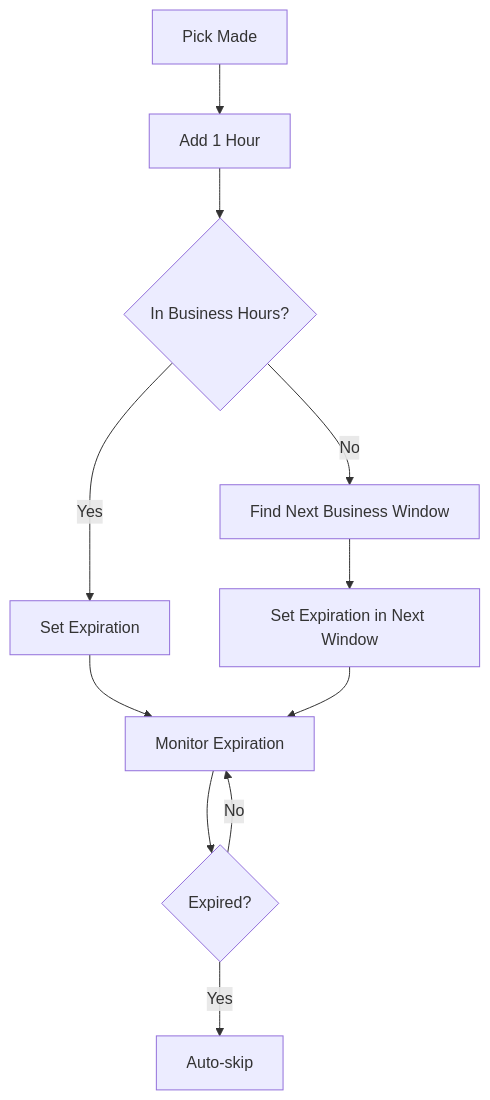
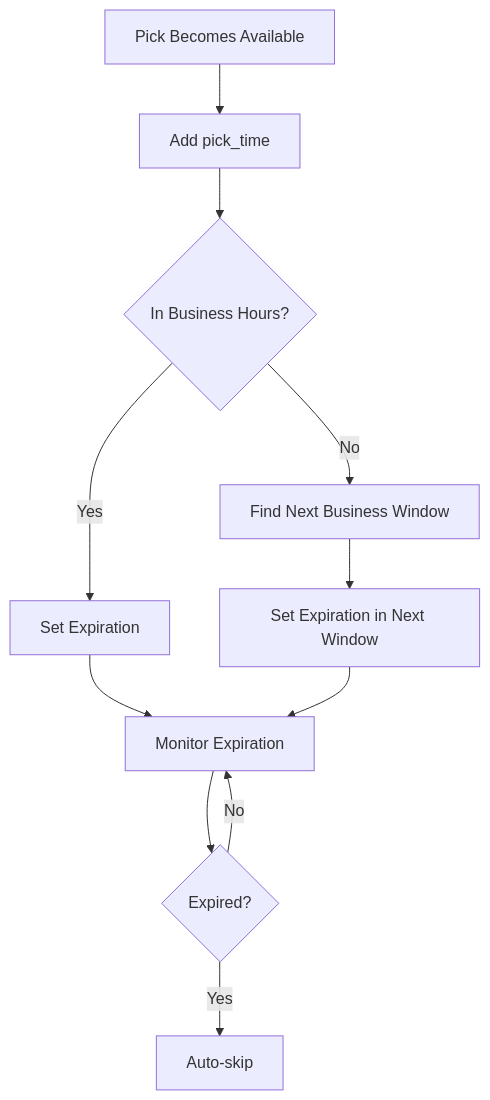
One commit to squirlemaster42/fantasy-frc-web changed the third of 5 diagrams in docs/business-logic/draft-states.md. Above: the diagram before and after it, drawn with Mermaid. The commit also changed other lines of this file and 28 other files, not shown here.

````diff
--- a/docs/business-logic/draft-states.md
+++ b/docs/business-logic/draft-states.md
@@ -193,13 +163,13 @@
 ```mermaid
 flowchart TD
-    A[Pick Made] --> B[Add 1 Hour]
+    A[Pick Becomes Available] --> B[Add pick_time]
     B --> C{In Business Hours?}
     C -->|Yes| D[Set Expiration]
     C -->|No| E[Find Next Business Window]
     E --> F[Set Expiration in Next Window]
     D --> G[Monitor Expiration]
     F --> G
     G --> H{Expired?}
     H -->|Yes| I[Auto-skip]
     H -->|No| G
 ```
````
